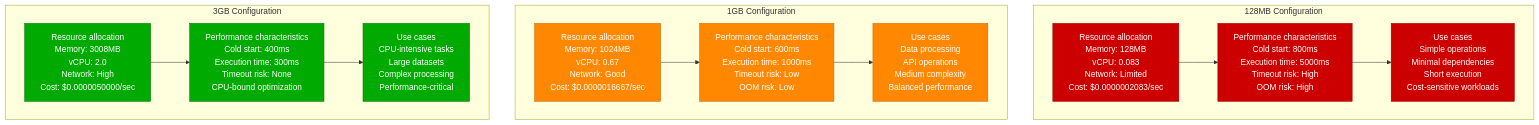
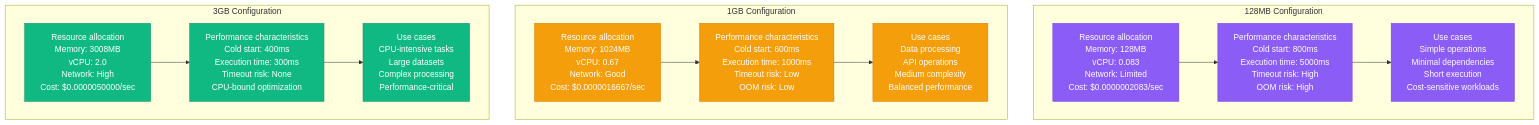
One commit to deepaucksharma/DS changed the fifth of 11 diagrams in site/docs/performance/serverless-performance-profile.md. Above: the diagram before and after it, drawn with Mermaid. The commit also changed other lines of this file and 303 other files, not shown here.

````diff
--- a/site/docs/performance/serverless-performance-profile.md
+++ b/site/docs/performance/serverless-performance-profile.md
@@ -183,40 +183,40 @@
 ```mermaid
 graph TB
     subgraph "128MB Configuration"
         MEM128_1[Resource allocation<br/>Memory: 128MB<br/>vCPU: 0.083<br/>Network: Limited<br/>Cost: $0.0000002083/sec]
 
         MEM128_2[Performance characteristics<br/>Cold start: 800ms<br/>Execution time: 5000ms<br/>Timeout risk: High<br/>OOM risk: High]
 
         MEM128_3[Use cases<br/>Simple operations<br/>Minimal dependencies<br/>Short execution<br/>Cost-sensitive workloads]
 
         MEM128_1 --> MEM128_2 --> MEM128_3
     end
 
     subgraph "1GB Configuration"
         MEM1GB_1[Resource allocation<br/>Memory: 1024MB<br/>vCPU: 0.67<br/>Network: Good<br/>Cost: $0.0000016667/sec]
 
         MEM1GB_2[Performance characteristics<br/>Cold start: 600ms<br/>Execution time: 1000ms<br/>Timeout risk: Low<br/>OOM risk: Low]
 
         MEM1GB_3[Use cases<br/>Data processing<br/>API operations<br/>Medium complexity<br/>Balanced performance]
 
         MEM1GB_1 --> MEM1GB_2 --> MEM1GB_3
     end
 
     subgraph "3GB Configuration"
         MEM3GB_1[Resource allocation<br/>Memory: 3008MB<br/>vCPU: 2.0<br/>Network: High<br/>Cost: $0.0000050000/sec]
 
         MEM3GB_2[Performance characteristics<br/>Cold start: 400ms<br/>Execution time: 300ms<br/>Timeout risk: None<br/>CPU-bound optimization]
 
         MEM3GB_3[Use cases<br/>CPU-intensive tasks<br/>Large datasets<br/>Complex processing<br/>Performance-critical]
 
         MEM3GB_1 --> MEM3GB_2 --> MEM3GB_3
     end
 
-    classDef mem128Style fill:#CC0000,stroke:#990000,color:#fff
-    classDef mem1gbStyle fill:#FF8800,stroke:#CC6600,color:#fff
-    classDef mem3gbStyle fill:#00AA00,stroke:#007700,color:#fff
+    classDef mem128Style fill:#8B5CF6,stroke:#7C3AED,color:#fff
+    classDef mem1gbStyle fill:#F59E0B,stroke:#D97706,color:#fff
+    classDef mem3gbStyle fill:#10B981,stroke:#059669,color:#fff
 
     class MEM128_1,MEM128_2,MEM128_3 mem128Style
     class MEM1GB_1,MEM1GB_2,MEM1GB_3 mem1gbStyle
     class MEM3GB_1,MEM3GB_2,MEM3GB_3 mem3gbStyle
 ```
````
